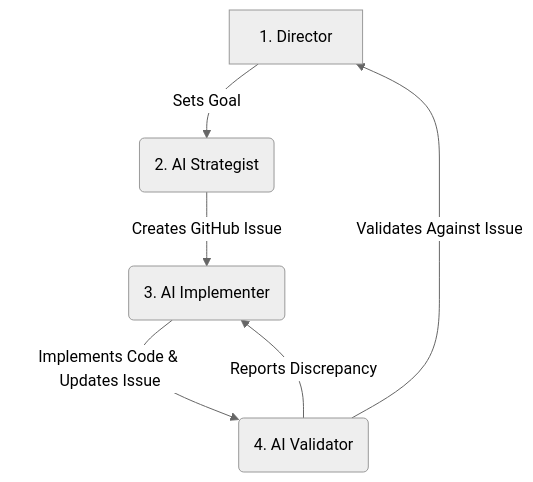
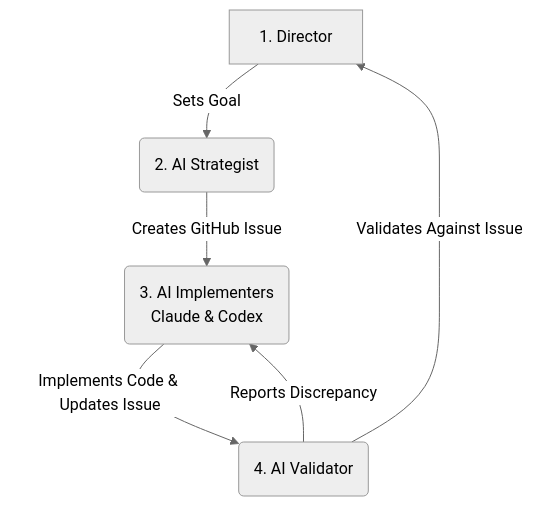
Before and after one commit to petergiordano/category-blueprint: the diagram in AGENTS.md, drawn with Mermaid (neutral theme). The commit also changed other lines of this file and 5 other files, not shown here.

````diff
--- a/AGENTS.md
+++ b/AGENTS.md
@@ -76,8 +69,8 @@
 ```mermaid
 graph TD
     A[1. Director] -->|Sets Goal| B(2. AI Strategist);
-    B -->|Creates GitHub Issue| C(3. AI Implementer);
+    B -->|Creates GitHub Issue| C(3. AI Implementers <br> Claude & Codex);
     C -->|Implements Code & Updates Issue| D(4. AI Validator);
     D -->|Validates Against Issue| A;
     D -->|Reports Discrepancy| C;
 ```
````
